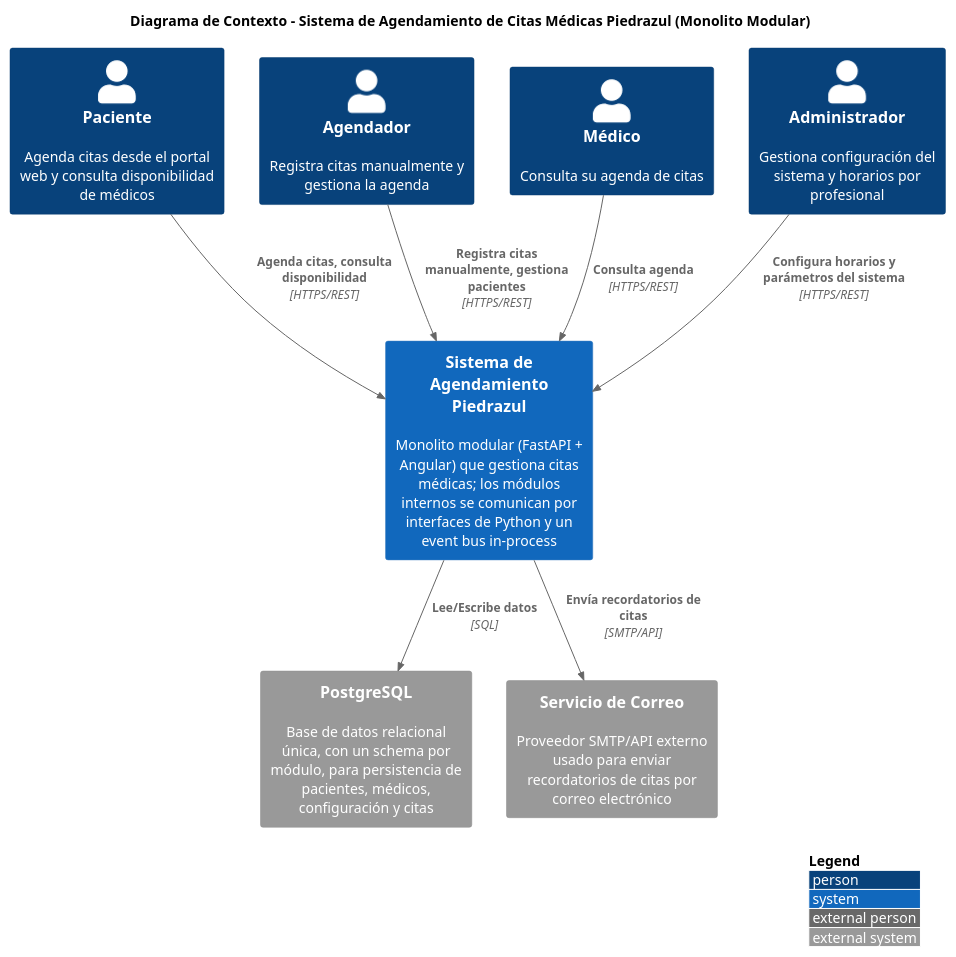
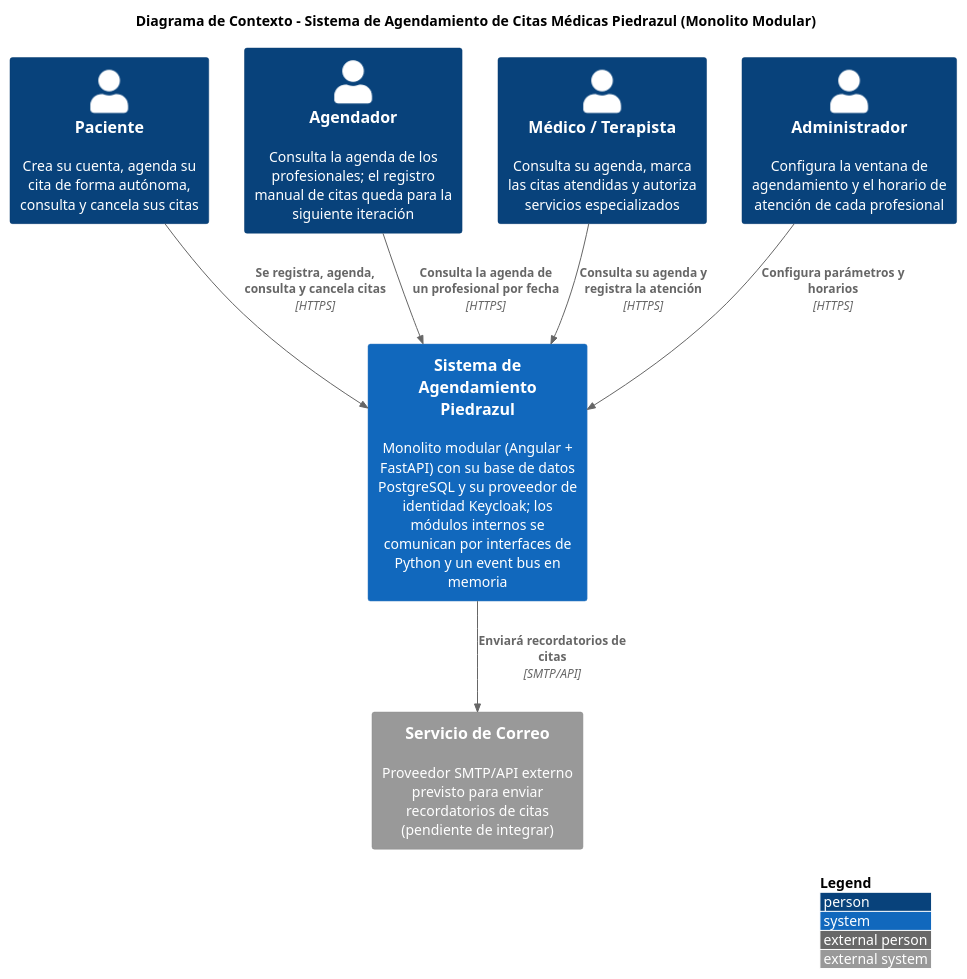
One commit to SantiagoGutierrez11/piedrazul-monolitic changed the diagram in docs/architecture/c4-nivel1-contexto.puml. Above: the diagram before and after it, drawn with PlantUML. The commit also changed 8 other files, not shown here.

Commit message:
Align context, scenario and deployment diagrams with the implemented flows

```diff
--- a/docs/architecture/c4-nivel1-contexto.puml
+++ b/docs/architecture/c4-nivel1-contexto.puml
@@ -1,27 +1,24 @@
 @startuml
-!include https://raw.githubusercontent.com/plantuml-stdlib/C4-PlantUML/master/C4_Context.puml
+!include <C4/C4_Context>
 
 LAYOUT_WITH_LEGEND()
 
 title Diagrama de Contexto - Sistema de Agendamiento de Citas Médicas Piedrazul (Monolito Modular)
 
-Person(paciente, "Paciente", "Agenda citas desde el portal web y consulta disponibilidad de médicos")
-Person(agendador, "Agendador", "Registra citas manualmente y gestiona la agenda")
-Person(medico, "Médico", "Consulta su agenda de citas")
-Person(admin, "Administrador", "Gestiona configuración del sistema y horarios por profesional")
+Person(paciente, "Paciente", "Crea su cuenta, agenda su cita de forma autónoma, consulta y cancela sus citas")
+Person(agendador, "Agendador", "Consulta la agenda de los profesionales; el registro manual de citas queda para la siguiente iteración")
+Person(medico, "Médico / Terapista", "Consulta su agenda, marca las citas atendidas y autoriza servicios especializados")
+Person(admin, "Administrador", "Configura la ventana de agendamiento y el horario de atención de cada profesional")
 
-System(piedrazul, "Sistema de Agendamiento\nPiedrazul", "Monolito modular (FastAPI + Angular) que gestiona citas médicas; los módulos internos se comunican por interfaces de Python y un event bus in-process")
+System(piedrazul, "Sistema de Agendamiento\nPiedrazul", "Monolito modular (Angular + FastAPI) con su base de datos PostgreSQL y su proveedor de identidad Keycloak; los módulos internos se comunican por interfaces de Python y un event bus en memoria")
 
-System_Ext(postgres, "PostgreSQL", "Base de datos relacional única, con un schema por módulo, para persistencia de pacientes, médicos, configuración y citas")
+System_Ext(correo, "Servicio de Correo", "Proveedor SMTP/API externo previsto para enviar recordatorios de citas (pendiente de integrar)")
 
-System_Ext(correo, "Servicio de Correo", "Proveedor SMTP/API externo usado para enviar recordatorios de citas por correo electrónico")
+Rel(paciente, piedrazul, "Se registra, agenda, consulta y cancela citas", "HTTPS")
+Rel(agendador, piedrazul, "Consulta la agenda de un profesional por fecha", "HTTPS")
+Rel(medico, piedrazul, "Consulta su agenda y registra la atención", "HTTPS")
+Rel(admin, piedrazul, "Configura parámetros y horarios", "HTTPS")
 
-Rel(paciente, piedrazul, "Agenda citas, consulta disponibilidad", "HTTPS/REST")
-Rel(agendador, piedrazul, "Registra citas manualmente, gestiona pacientes", "HTTPS/REST")
-Rel(medico, piedrazul, "Consulta agenda", "HTTPS/REST")
-Rel(admin, piedrazul, "Configura horarios y parámetros del sistema", "HTTPS/REST")
-
-Rel(piedrazul, postgres, "Lee/Escribe datos", "SQL")
-Rel(piedrazul, correo, "Envía recordatorios de citas", "SMTP/API")
+Rel(piedrazul, correo, "Enviará recordatorios de citas", "SMTP/API")
 
 @enduml
```
